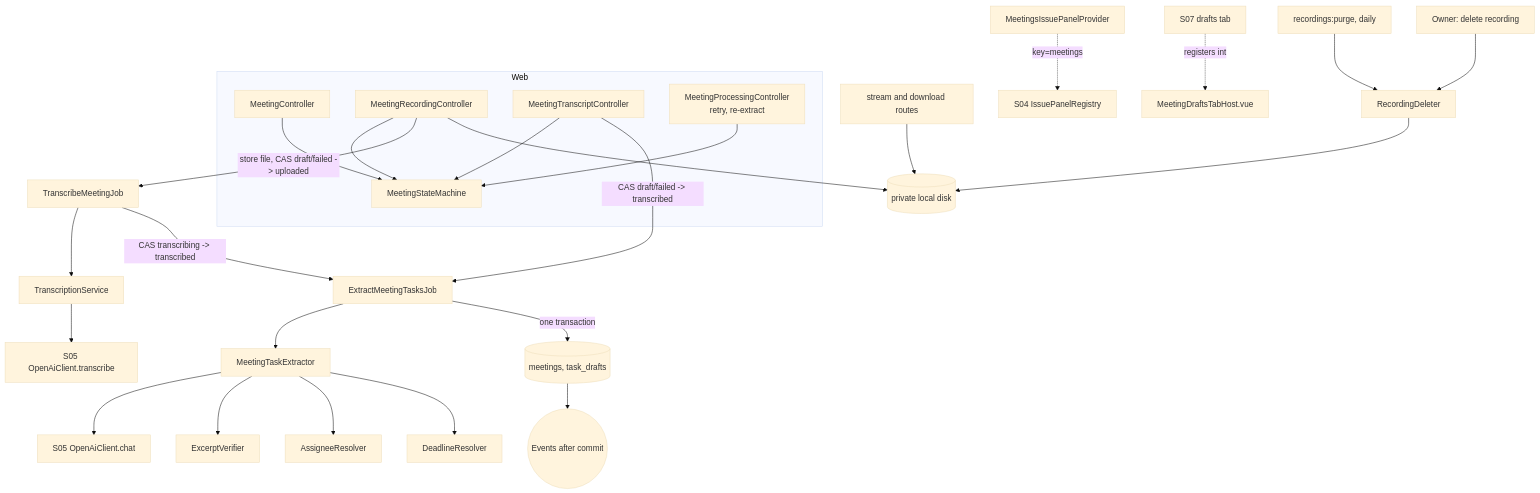
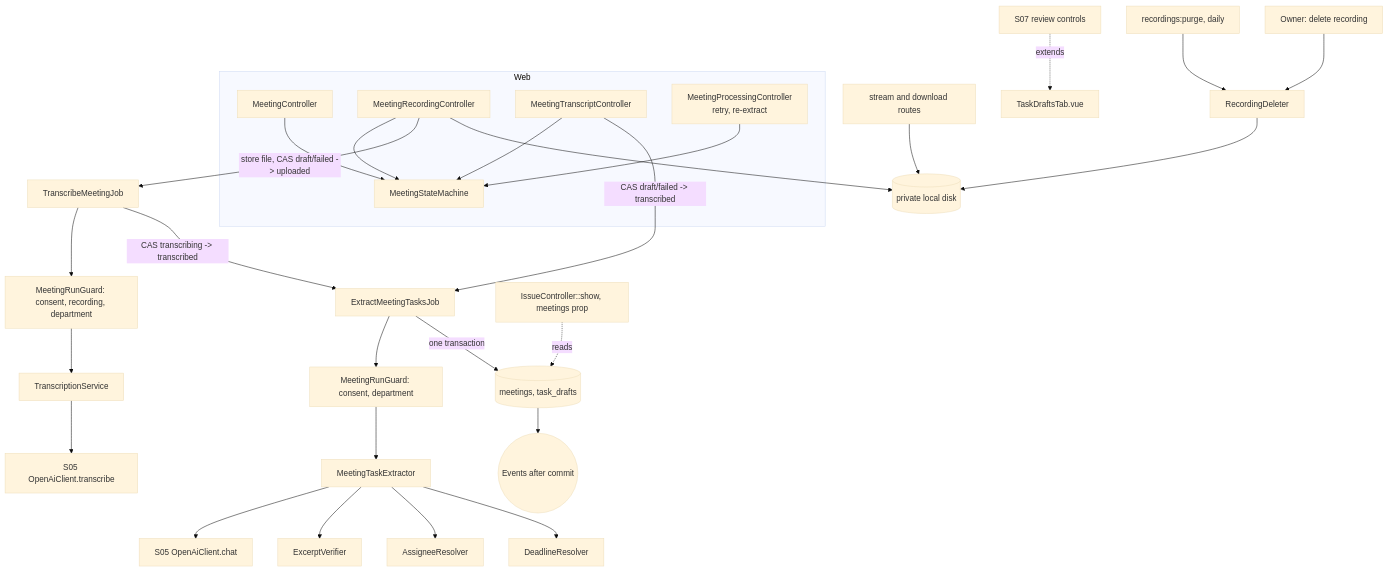
Before and after one commit to shojibur/BusinessPulse: the first of 2 diagrams in .kiro/specs/06-meeting-intelligence/design.md, drawn with Mermaid (base theme). The commit also changed other lines of this file and 40 other files, not shown here.

````diff
--- a/.kiro/specs/06-meeting-intelligence/design.md
+++ b/.kiro/specs/06-meeting-intelligence/design.md
@@ -34,31 +38,33 @@
 ```mermaid
 flowchart TD
   subgraph Web
     MC[MeetingController] --> MSM[MeetingStateMachine]
     RC[MeetingRecordingController] --> MSM
     TC[MeetingTranscriptController] --> MSM
     PC[MeetingProcessingController<br/>retry, re-extract] --> MSM
   end
 
   RC -->|store file, CAS draft/failed -> uploaded| TJ[TranscribeMeetingJob]
   TC -->|CAS draft/failed -> transcribed| EJ
-  TJ --> TS[TranscriptionService]
+  TJ --> RG[MeetingRunGuard: consent, recording, department]
+  RG --> TS[TranscriptionService]
   TS --> OAC[S05 OpenAiClient.transcribe]
   TJ -->|CAS transcribing -> transcribed| EJ[ExtractMeetingTasksJob]
-  EJ --> MTE[MeetingTaskExtractor]
+  EJ --> RG2[MeetingRunGuard: consent, department]
+  RG2 --> MTE[MeetingTaskExtractor]
   MTE --> OAC2[S05 OpenAiClient.chat]
   MTE --> EV[ExcerptVerifier]
   MTE --> AR[AssigneeResolver]
   MTE --> DR[DeadlineResolver]
   EJ -->|one transaction| DB[(meetings, task_drafts)]
 
   PURGE[recordings:purge, daily] --> RD[RecordingDeleter]
   OWN[Owner: delete recording] --> RD
   RD --> DISK[(private local disk)]
   RC --> DISK
   STREAM[stream and download routes] --> DISK
 
   DB --> EVT((Events after commit))
-  IPP[MeetingsIssuePanelProvider] -.key=meetings.-> S04[S04 IssuePanelRegistry]
-  DRAFTS[S07 drafts tab] -.registers into.-> HOST[MeetingDraftsTabHost.vue]
+  ISS[IssueController::show, meetings prop] -.reads.-> DB
+  S07TAB[S07 review controls] -.extends.-> TDT[TaskDraftsTab.vue]
 ```
````
